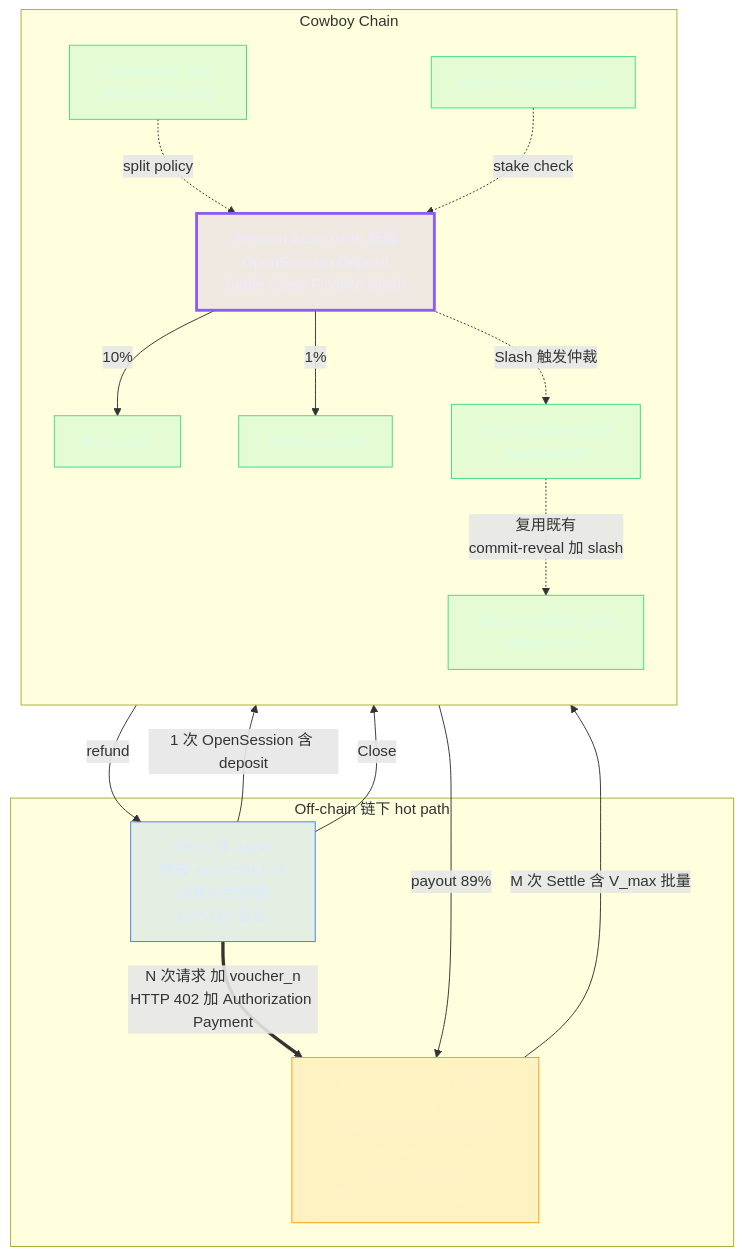
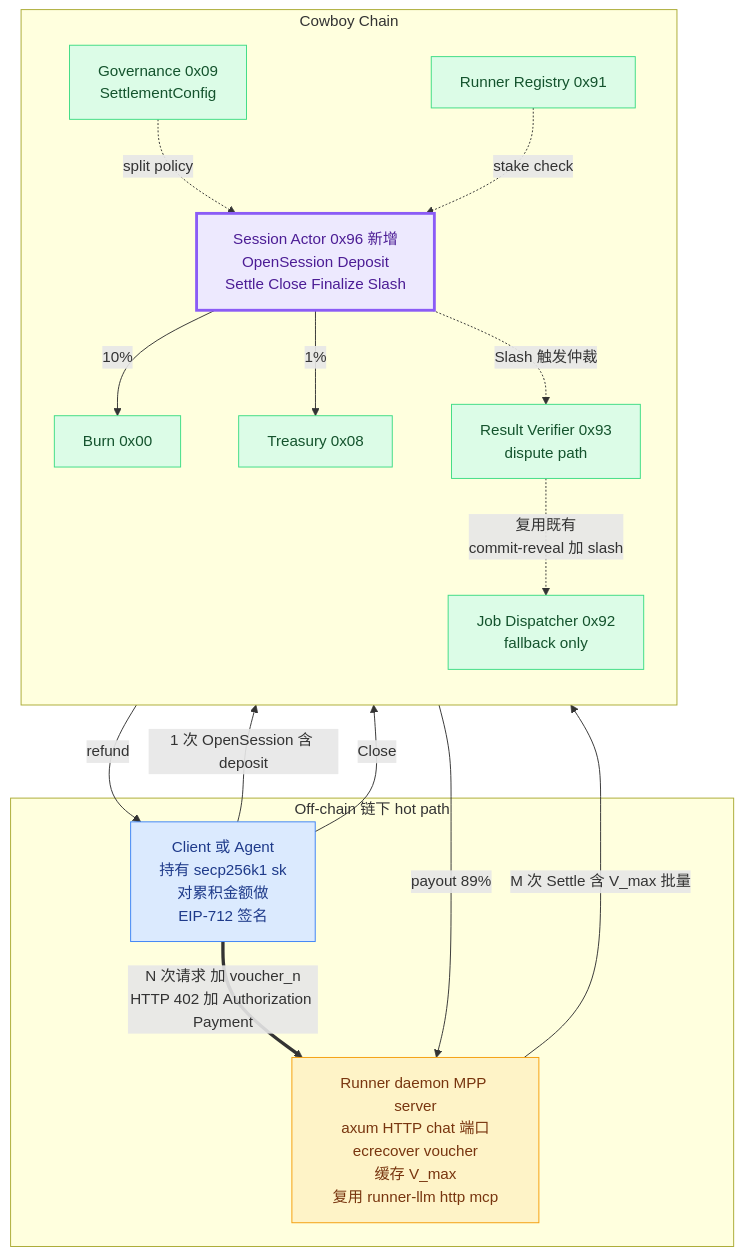
One commit to shawhanken/refs changed the fifth of 11 diagrams in runner/2026-04-28_MPP_Session_Research.md. Above: the diagram before and after it, drawn with Mermaid. The commit also changed other lines of this file, not shown here.

First line of the commit message:
docs: update flowchart and sequence diagram colors for improved clarity

````diff
--- a/runner/2026-04-28_MPP_Session_Research.md
+++ b/runner/2026-04-28_MPP_Session_Research.md
@@ -323,40 +323,40 @@
 ```mermaid
 flowchart TB
     subgraph CHAIN["Cowboy Chain"]
         direction TB
         SES["Session Actor 0x96 新增<br/>OpenSession Deposit<br/>Settle Close Finalize Slash"]
         REG["Runner Registry 0x91"]
         DSP["Job Dispatcher 0x92<br/>fallback only"]
         VER["Result Verifier 0x93<br/>dispute path"]
         GOV["Governance 0x09<br/>SettlementConfig"]
         TRE["Treasury 0x08"]
         BURN["Burn 0x00"]
     end
 
     subgraph OFFCHAIN["Off-chain 链下 hot path"]
         AGENT["Client 或 Agent<br/>持有 secp256k1 sk<br/>对累积金额做<br/>EIP-712 签名"]
         RUNNER["Runner daemon MPP server<br/>axum HTTP chat 端口<br/>ecrecover voucher<br/>缓存 V_max<br/>复用 runner-llm http mcp"]
     end
 
     AGENT -- "1 次 OpenSession 含 deposit" --> SES
     AGENT == "N 次请求 加 voucher_n<br/>HTTP 402 加 Authorization Payment" ==> RUNNER
     RUNNER -- "M 次 Settle 含 V_max 批量" --> SES
     AGENT -- "Close" --> SES
     SES -- "refund" --> AGENT
     SES -- "payout 89%" --> RUNNER
     SES -- "10%" --> BURN
     SES -- "1%" --> TRE
     GOV -. "split policy" .-> SES
     REG -. "stake check" .-> SES
     SES -. "Slash 触发仲裁" .-> VER
     VER -. "复用既有<br/>commit-reveal 加 slash" .-> DSP
 
-    classDef chain fill:#3ddc8422,stroke:#3ddc84,color:#dcfce7
-    classDef offchain fill:#f59e0b22,stroke:#f59e0b,color:#fef3c7
-    classDef agent fill:#3b82f622,stroke:#3b82f6,color:#dbeafe
-    classDef new stroke:#8b5cf6,stroke-width:3px,fill:#8b5cf622,color:#ede9fe
+    classDef chain fill:#dcfce7,stroke:#3ddc84,color:#14532d
+    classDef offchain fill:#fef3c7,stroke:#f59e0b,color:#78350f
+    classDef agent fill:#dbeafe,stroke:#3b82f6,color:#1e3a8a
+    classDef new fill:#ede9fe,stroke:#8b5cf6,stroke-width:3px,color:#4c1d95
     class REG,DSP,VER,GOV,TRE,BURN chain
     class RUNNER offchain
     class AGENT agent
     class SES new
 ```
````
